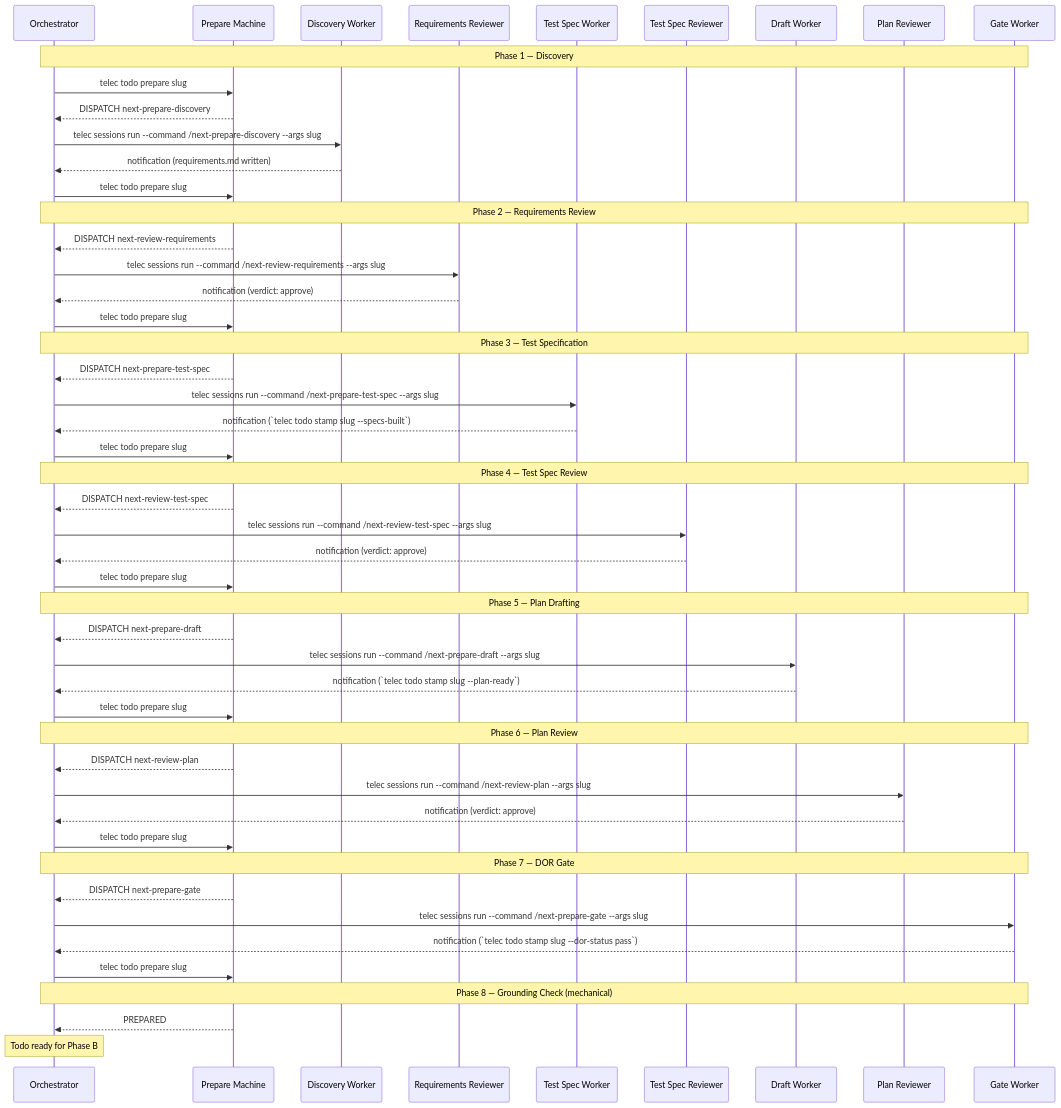
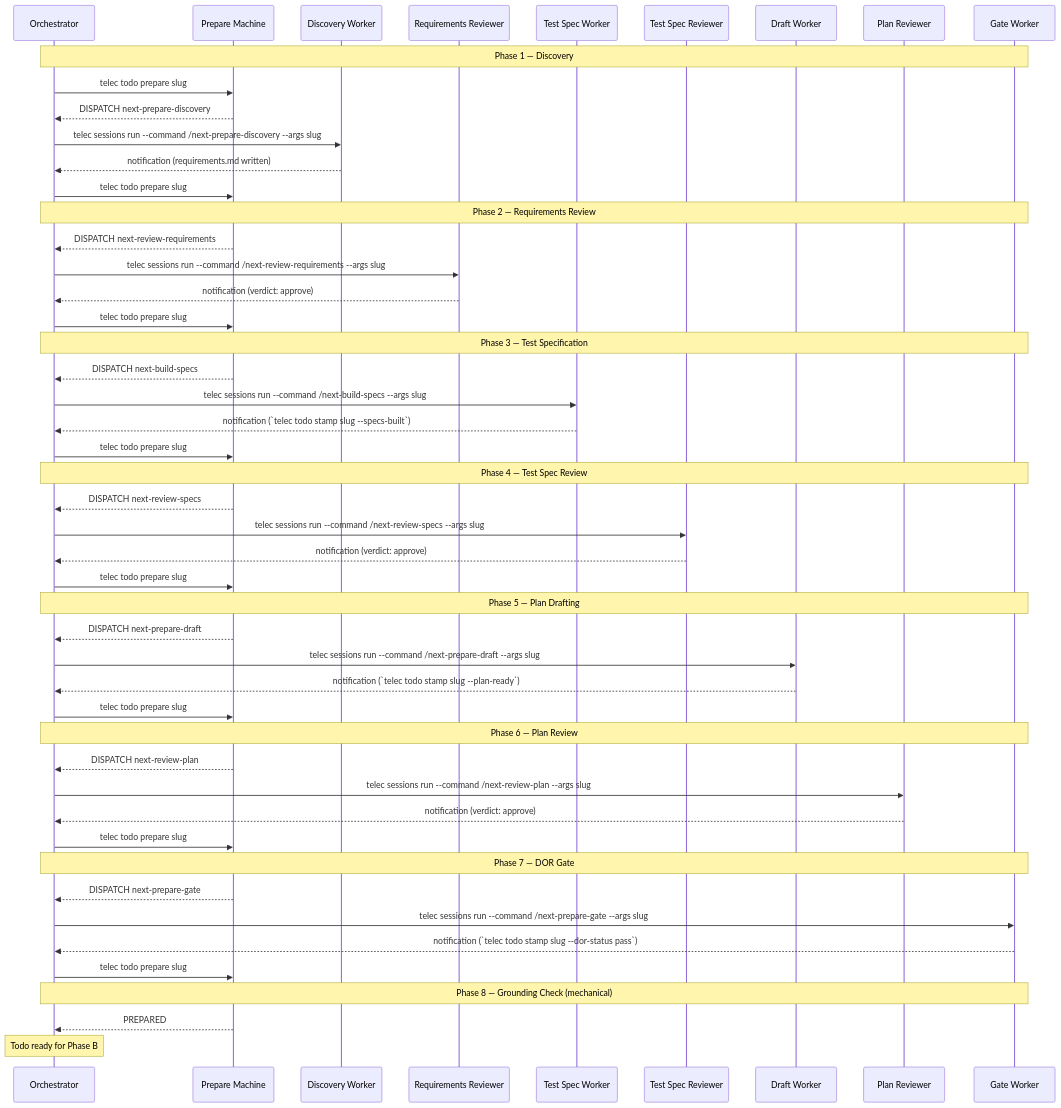
The third of 4 diagrams in docs/project/design/architecture/prepare-state-machine.md (InstruktAI/TeleClaude), drawn with Mermaid before and after one commit. The commit also changed 13 other files, not shown here.

First line of the commit message:
refactor(prepare): make re-entry the default contract across reconcile, dispatch, and worker artifacts

````diff
--- a/docs/project/design/architecture/prepare-state-machine.md
+++ b/docs/project/design/architecture/prepare-state-machine.md
@@ -224,59 +224,59 @@
 ```mermaid
 sequenceDiagram
     participant O as Orchestrator
     participant SM as Prepare Machine
     participant D as Discovery Worker
     participant RR as Requirements Reviewer
     participant TS as Test Spec Worker
     participant TSR as Test Spec Reviewer
     participant DR as Draft Worker
     participant PR as Plan Reviewer
     participant G as Gate Worker
 
     Note over O,G: Phase 1 — Discovery
     O->>SM: telec todo prepare slug
     SM-->>O: DISPATCH next-prepare-discovery
     O->>D: telec sessions run --command /next-prepare-discovery --args slug
     D-->>O: notification (requirements.md written)
     O->>SM: telec todo prepare slug
 
     Note over O,G: Phase 2 — Requirements Review
     SM-->>O: DISPATCH next-review-requirements
     O->>RR: telec sessions run --command /next-review-requirements --args slug
     RR-->>O: notification (verdict: approve)
     O->>SM: telec todo prepare slug
 
     Note over O,G: Phase 3 — Test Specification
-    SM-->>O: DISPATCH next-prepare-test-spec
-    O->>TS: telec sessions run --command /next-prepare-test-spec --args slug
+    SM-->>O: DISPATCH next-build-specs
+    O->>TS: telec sessions run --command /next-build-specs --args slug
     TS-->>O: notification (`telec todo stamp slug --specs-built`)
     O->>SM: telec todo prepare slug
 
     Note over O,G: Phase 4 — Test Spec Review
-    SM-->>O: DISPATCH next-review-test-spec
-    O->>TSR: telec sessions run --command /next-review-test-spec --args slug
+    SM-->>O: DISPATCH next-review-specs
+    O->>TSR: telec sessions run --command /next-review-specs --args slug
     TSR-->>O: notification (verdict: approve)
     O->>SM: telec todo prepare slug
 
     Note over O,G: Phase 5 — Plan Drafting
     SM-->>O: DISPATCH next-prepare-draft
     O->>DR: telec sessions run --command /next-prepare-draft --args slug
     DR-->>O: notification (`telec todo stamp slug --plan-ready`)
     O->>SM: telec todo prepare slug
 
     Note over O,G: Phase 6 — Plan Review
     SM-->>O: DISPATCH next-review-plan
     O->>PR: telec sessions run --command /next-review-plan --args slug
     PR-->>O: notification (verdict: approve)
     O->>SM: telec todo prepare slug
 
     Note over O,G: Phase 7 — DOR Gate
     SM-->>O: DISPATCH next-prepare-gate
     O->>G: telec sessions run --command /next-prepare-gate --args slug
     G-->>O: notification (`telec todo stamp slug --dor-status pass`)
     O->>SM: telec todo prepare slug
 
     Note over O,G: Phase 8 — Grounding Check (mechanical)
     SM-->>O: PREPARED
     Note over O: Todo ready for Phase B
 ```
````
